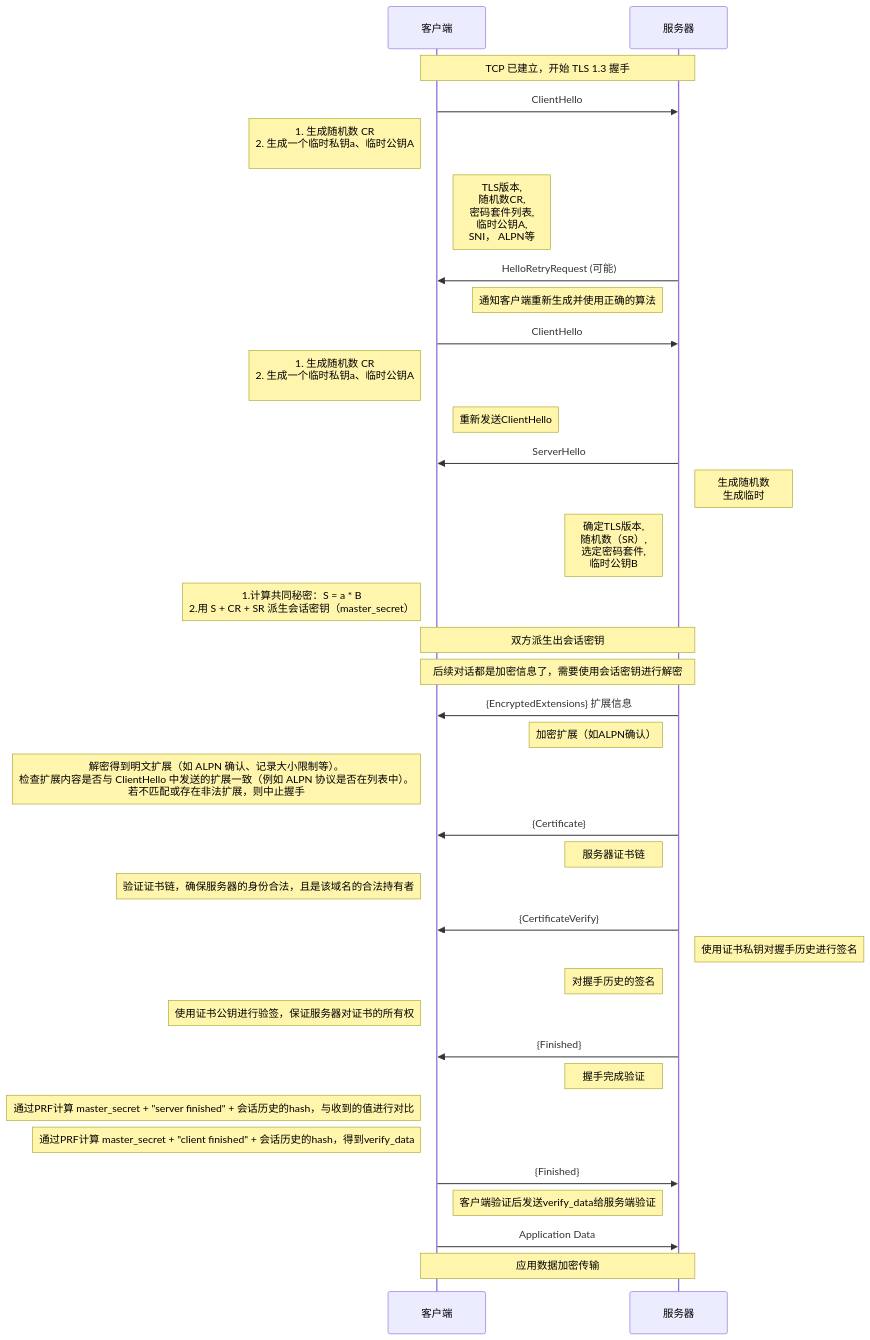
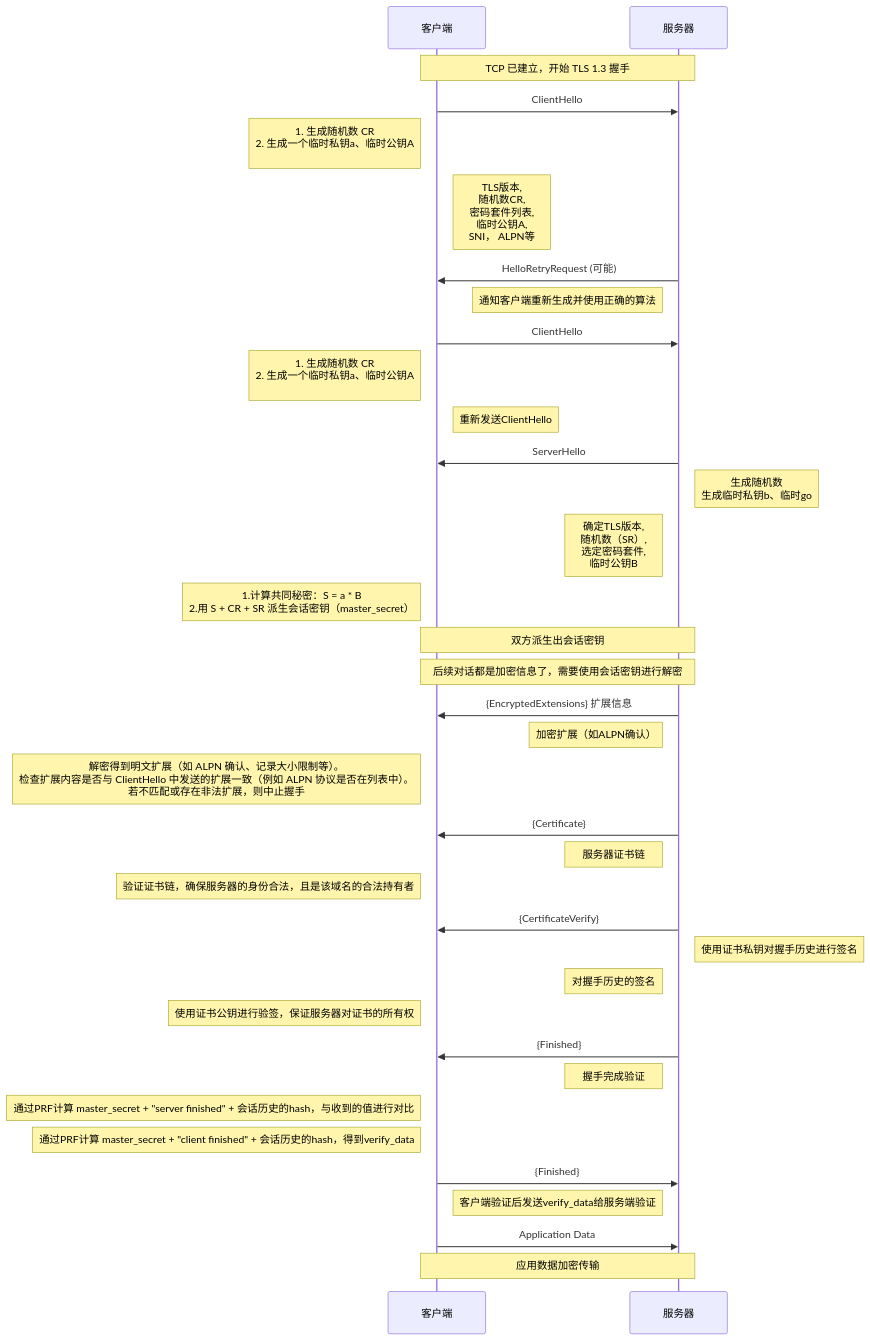
One commit to HY-10-8/iodraw-files changed the diagram in all/TLS-1.3-通用（全）.md. Above: the diagram before and after it, drawn with Mermaid.

Commit message:
2026-03-31 10:19:53 update

````diff
--- a/all/TLS-1.3-通用（全）.md
+++ b/all/TLS-1.3-通用（全）.md
@@ -1,50 +1,50 @@
 ```mermaid
 sequenceDiagram
     participant C as 客户端
     participant S as 服务器
 
     Note over C,S: TCP 已建立，开始 TLS 1.3 握手
 
     C->>S: ClientHello
     Note left of C: 1. 生成随机数 CR<br/> 2. 生成一个临时私钥a、临时公钥A<br/>
     Note right of C: TLS版本,<br/> 随机数CR,<br/> 密码套件列表,<br/> 临时公钥A,<br/> SNI， ALPN等
 
     S->>C: HelloRetryRequest (可能)
     Note left of S: 通知客户端重新生成并使用正确的算法
 
     C->>S: ClientHello
     Note left of C: 1. 生成随机数 CR<br/> 2. 生成一个临时私钥a、临时公钥A<br/>
     Note right of C: 重新发送ClientHello
 
     S->>C: ServerHello
-    Note right of S: 生成随机数<br/> 生成临时
+    Note right of S: 生成随机数<br/> 生成临时私钥b、临时go
     Note left of S: 确定TLS版本, <br/>随机数（SR）,<br/> 选定密码套件, <br/>临时公钥B
     Note left of C: 1.计算共同秘密：S = a * B<br/> 2.用 S + CR + SR 派生会话密钥（master_secret）
 
     Note over C,S: 双方派生出会话密钥
     Note over C,S: 后续对话都是加密信息了，需要使用会话密钥进行解密
 
     S->>C: {EncryptedExtensions} 扩展信息
     Note left of S: 加密扩展（如ALPN确认）
     Note left of C: 解密得到明文扩展（如 ALPN 确认、记录大小限制等）。<br/>检查扩展内容是否与 ClientHello 中发送的扩展一致（例如 ALPN 协议是否在列表中）。<br/> 若不匹配或存在非法扩展，则中止握手
 
     S->>C: {Certificate}
     Note left of S: 服务器证书链
     Note left of C: 验证证书链，确保服务器的身份合法，且是该域名的合法持有者
 
     S->>C: {CertificateVerify}
     Note right of S: 使用证书私钥对握手历史进行签名
     Note left of S: 对握手历史的签名
     Note left of C: 使用证书公钥进行验签，保证服务器对证书的所有权
 
     S->>C: {Finished}
     Note left of S: 握手完成验证
     Note left of C: 通过PRF计算 master_secret + "server finished" + 会话历史的hash，与收到的值进行对比
     Note left of C: 通过PRF计算 master_secret + "client finished" + 会话历史的hash，得到verify_data
 
     C->>S: {Finished}
     Note right of C: 客户端验证后发送verify_data给服务端验证
 
     C->>S: Application Data
     Note over C,S: 应用数据加密传输
 ```
````
